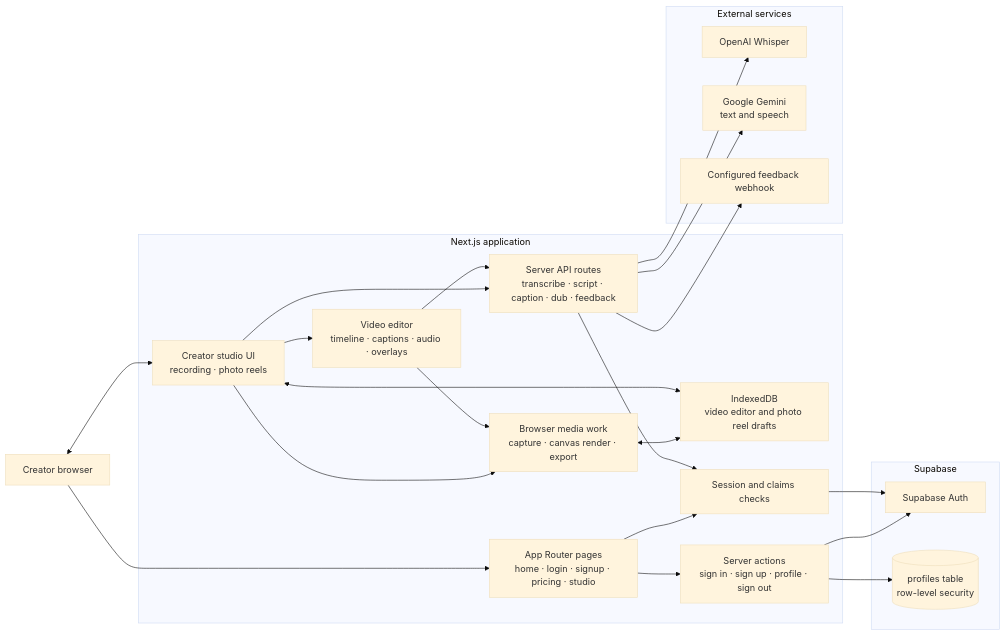
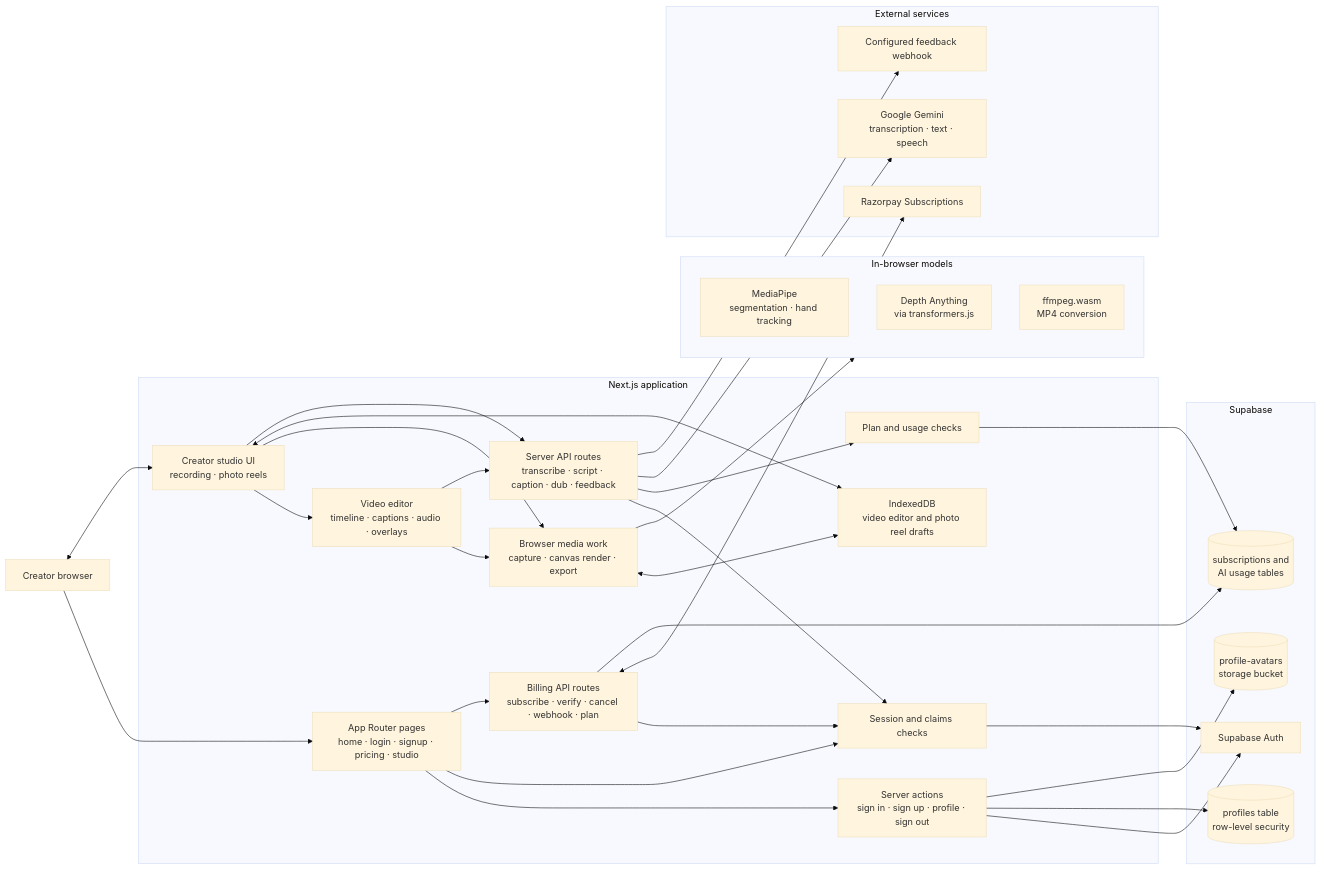
Before and after one commit to kalimlaskar/Create-Studio: the first of 3 diagrams in docs/architecture.md, drawn with Mermaid (base theme). The commit also changed other lines of this file and 33 other files, not shown here.

````diff
--- a/docs/architecture.md
+++ b/docs/architecture.md
@@ -7,46 +7,63 @@
 ```mermaid
 flowchart LR
     creator[Creator browser]
 
     subgraph next[Next.js application]
         pages[App Router pages<br/>home · login · signup · pricing · studio]
         studio[Creator studio UI<br/>recording · photo reels]
         editor[Video editor<br/>timeline · captions · audio · overlays]
         browserWork[Browser media work<br/>capture · canvas render · export]
         localData[IndexedDB<br/>video editor and photo reel drafts]
         authActions[Server actions<br/>sign in · sign up · profile · sign out]
         api[Server API routes<br/>transcribe · script · caption · dub · feedback]
+        billingApi[Billing API routes<br/>subscribe · verify · cancel · webhook · plan]
         sessionCheck[Session and claims checks]
+        planCheck[Plan and usage checks]
     end
 
     subgraph supabase[Supabase]
         auth[Supabase Auth]
         profiles[(profiles table<br/>row-level security)]
+        avatars[(profile-avatars<br/>storage bucket)]
+        billingData[(subscriptions and<br/>AI usage tables)]
     end
 
     subgraph providers[External services]
-        openai[OpenAI Whisper]
-        gemini[Google Gemini<br/>text and speech]
+        gemini[Google Gemini<br/>transcription · text · speech]
+        razorpay[Razorpay Subscriptions]
         feedback[Configured feedback webhook]
+    end
+
+    subgraph onDevice[In-browser models]
+        mediapipe[MediaPipe<br/>segmentation · hand tracking]
+        depth[Depth Anything<br/>via transformers.js]
+        ffmpeg[ffmpeg.wasm<br/>MP4 conversion]
     end
 
     creator --> pages
     creator <--> studio
     studio --> editor
     studio --> browserWork
     editor --> browserWork
     browserWork <--> localData
+    browserWork --> onDevice
     studio <--> localData
 
     pages --> authActions
     authActions --> auth
     authActions --> profiles
+    authActions --> avatars
     pages --> sessionCheck
     sessionCheck --> auth
     studio --> api
     editor --> api
     api --> sessionCheck
-    api --> openai
+    api --> planCheck
+    planCheck --> billingData
     api --> gemini
     api --> feedback
+    pages --> billingApi
+    billingApi --> sessionCheck
+    billingApi <--> razorpay
+    billingApi --> billingData
 ```
````
